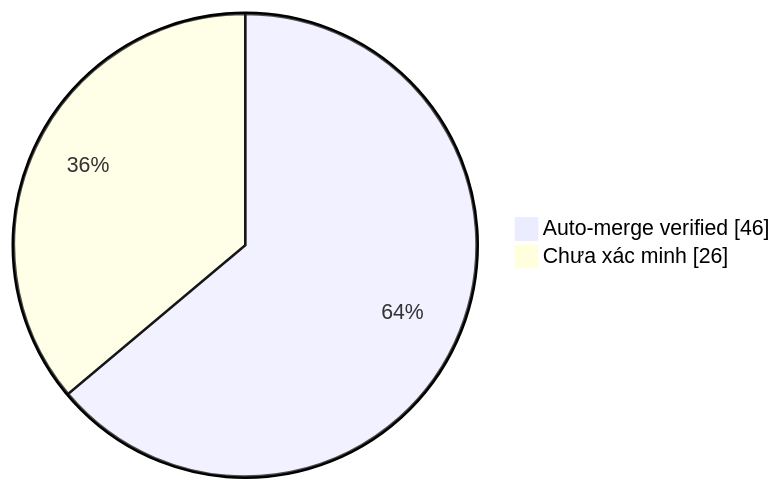
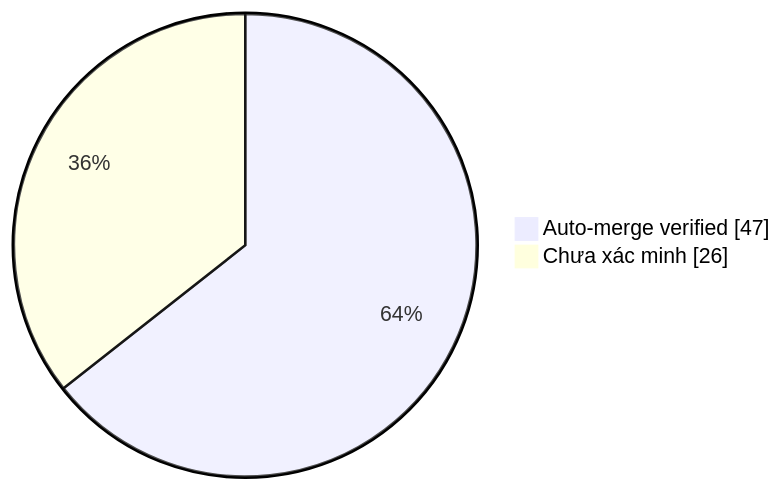
The diagram in collector.md (duykhang68/tetdinhmuiblog), drawn with Mermaid before and after one commit. The commit also changed other lines of this file and 1 other file, not shown here.

Commit message:
docs(collector): update auto-merge evidence dashboard

````diff
--- a/collector.md
+++ b/collector.md
@@ -22,5 +22,5 @@
 ```mermaid
 pie showData
-    "Auto-merge verified" : 46
+    "Auto-merge verified" : 47
     "Chưa xác minh" : 26
 ```
````
